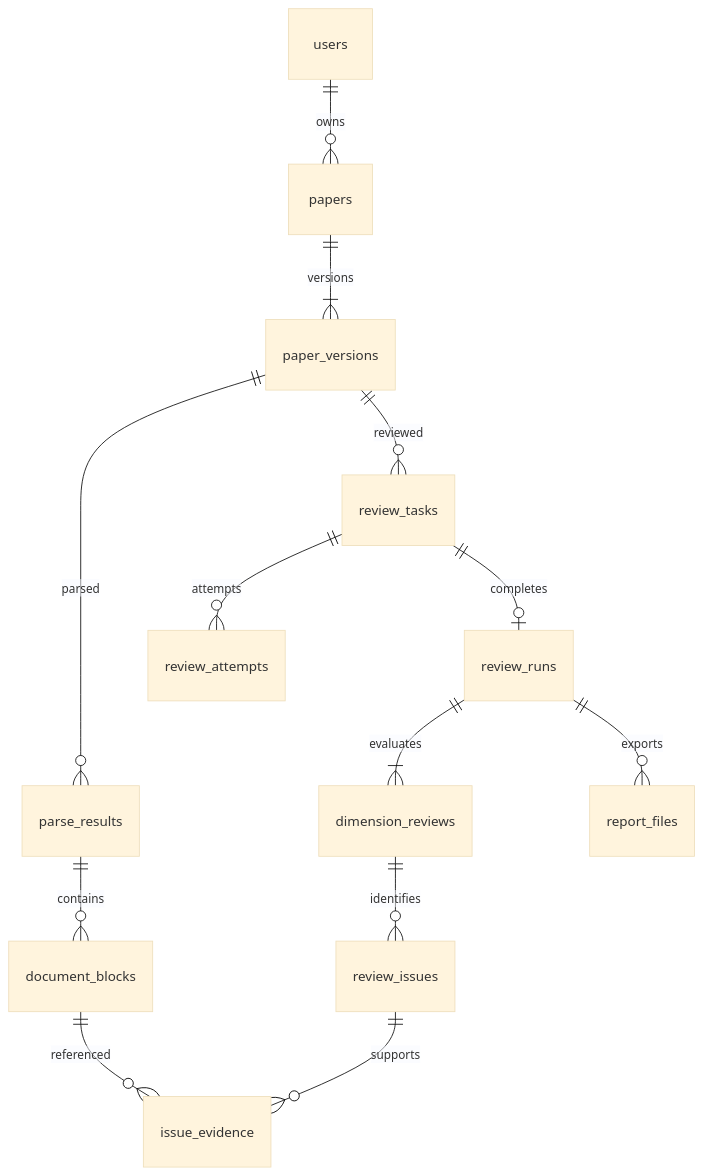
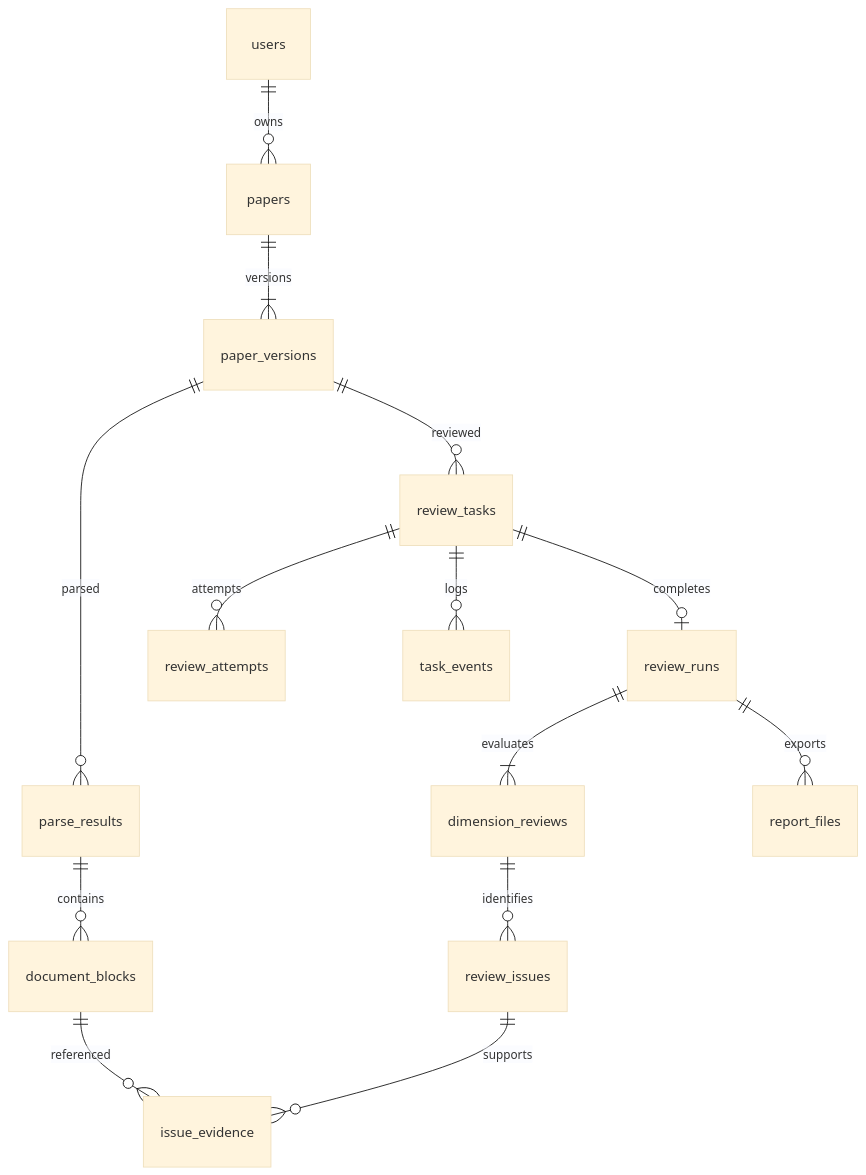
One commit to JackLiu-97/wenheng-thesis-review-lab changed the diagram in docs/database.md. Above: the diagram before and after it, drawn with Mermaid (base theme). The commit also changed other lines of this file and 7 other files, not shown here.

````diff
--- a/docs/database.md
+++ b/docs/database.md
@@ -29,15 +46,16 @@
 ```mermaid
 erDiagram
     users ||--o{ papers : owns
     papers ||--|{ paper_versions : versions
     paper_versions ||--o{ parse_results : parsed
     parse_results ||--o{ document_blocks : contains
     paper_versions ||--o{ review_tasks : reviewed
     review_tasks ||--o{ review_attempts : attempts
+    review_tasks ||--o{ task_events : logs
     review_tasks ||--o| review_runs : completes
     review_runs ||--|{ dimension_reviews : evaluates
     dimension_reviews ||--o{ review_issues : identifies
     review_issues ||--o{ issue_evidence : supports
     document_blocks ||--o{ issue_evidence : referenced
     review_runs ||--o{ report_files : exports
 ```
````
